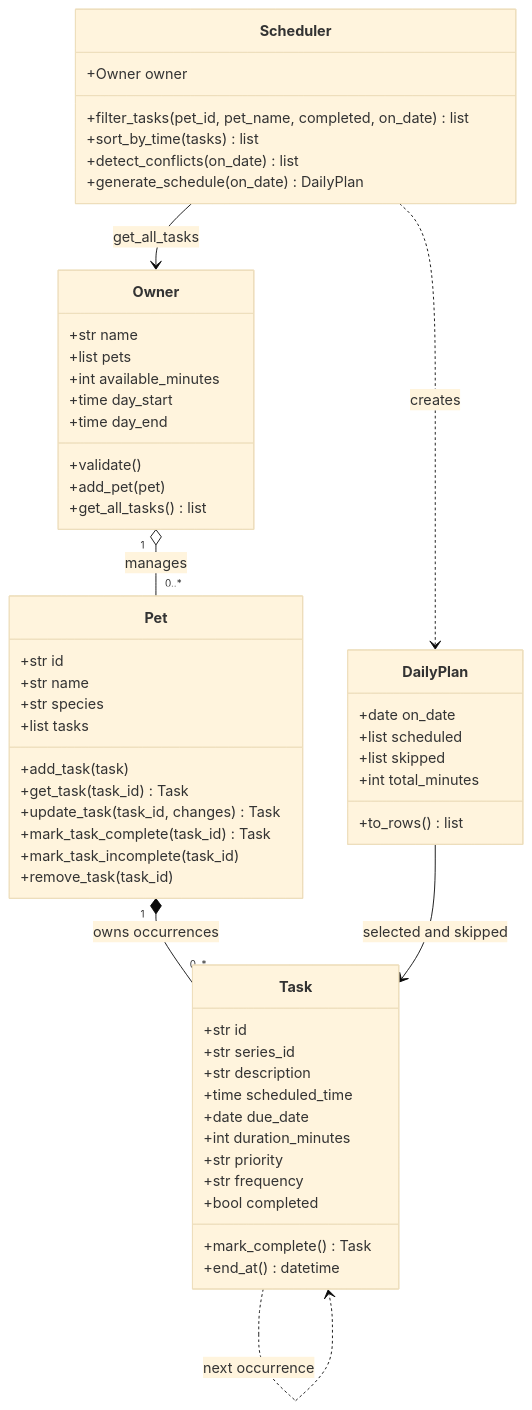
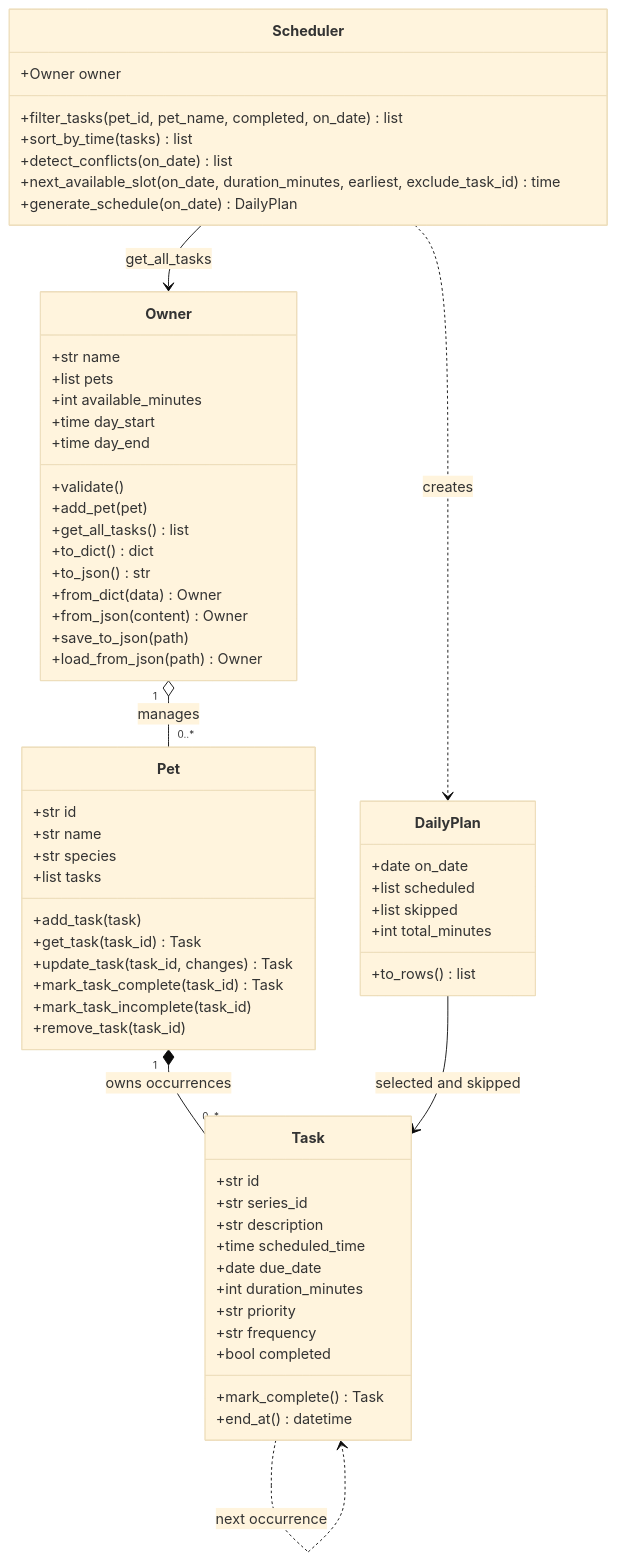
The diagram in diagrams/uml.mmd (harshapriyag123/ai110-module2show-pawpal-starter), drawn with Mermaid (base theme) before and after one commit. The commit also changed 10 other files, not shown here.

Commit message:
feat: complete JSON persistence and next-available-slot bonus features

```diff
--- a/diagrams/uml.mmd
+++ b/diagrams/uml.mmd
@@ -1,57 +1,64 @@
 classDiagram
     direction TB
     class Owner {
         +str name
         +list pets
         +int available_minutes
         +time day_start
         +time day_end
         +validate()
         +add_pet(pet)
         +get_all_tasks() list
+        +to_dict() dict
+        +to_json() str
+        +from_dict(data) Owner
+        +from_json(content) Owner
+        +save_to_json(path)
+        +load_from_json(path) Owner
     }
     class Pet {
         +str id
         +str name
         +str species
         +list tasks
         +add_task(task)
         +get_task(task_id) Task
         +update_task(task_id, changes) Task
         +mark_task_complete(task_id) Task
         +mark_task_incomplete(task_id)
         +remove_task(task_id)
     }
     class Task {
         +str id
         +str series_id
         +str description
         +time scheduled_time
         +date due_date
         +int duration_minutes
         +str priority
         +str frequency
         +bool completed
         +mark_complete() Task
         +end_at() datetime
     }
     class Scheduler {
         +Owner owner
         +filter_tasks(pet_id, pet_name, completed, on_date) list
         +sort_by_time(tasks) list
         +detect_conflicts(on_date) list
+        +next_available_slot(on_date, duration_minutes, earliest, exclude_task_id) time
         +generate_schedule(on_date) DailyPlan
     }
     class DailyPlan {
         +date on_date
         +list scheduled
         +list skipped
         +int total_minutes
         +to_rows() list
     }
     Owner "1" o-- "0..*" Pet : manages
     Pet "1" *-- "0..*" Task : owns occurrences
     Scheduler --> Owner : get_all_tasks
     Scheduler ..> DailyPlan : creates
     DailyPlan --> Task : selected and skipped
     Task ..> Task : next occurrence
```
